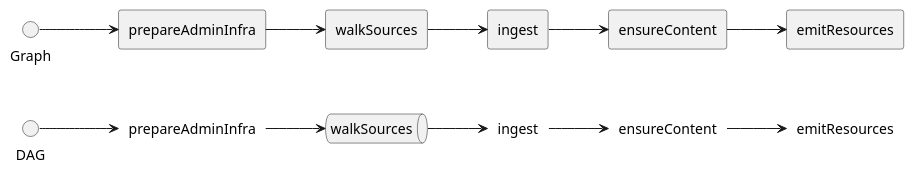
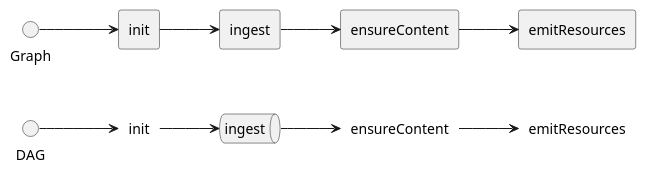
Before and after one commit to qe-collaborative-services/1115-hub: the diagram in support/assurance/results-test-e2e/dag.puml, drawn with PlantUML. The commit also changed 7 other files, not shown here.

```diff
--- a/support/assurance/results-test-e2e/dag.puml
+++ b/support/assurance/results-test-e2e/dag.puml
@@ -1,23 +1,19 @@
 @startuml
 left to right direction
-label dagprepareAdminInfra as "prepareAdminInfra"
-queue dagwalkSources as "walkSources"
-label dagingest as "ingest"
+label daginit as "init"
+queue dagingest as "ingest"
 label dagensureContent as "ensureContent"
 label dagemitResources as "emitResources"
-rectangle gprepareAdminInfra as "prepareAdminInfra"
-rectangle gwalkSources as "walkSources"
+rectangle ginit as "init"
 rectangle gingest as "ingest"
 rectangle gensureContent as "ensureContent"
 rectangle gemitResources as "emitResources"
-DAG --> dagprepareAdminInfra
-dagprepareAdminInfra --> dagwalkSources
-dagwalkSources --> dagingest
+DAG --> daginit
+daginit --> dagingest
 dagingest --> dagensureContent
 dagensureContent --> dagemitResources
-Graph --> gprepareAdminInfra
-gprepareAdminInfra --> gwalkSources
-gwalkSources --> gingest
+Graph --> ginit
+ginit --> gingest
 gingest --> gensureContent
 gensureContent --> gemitResources
 @enduml
```
